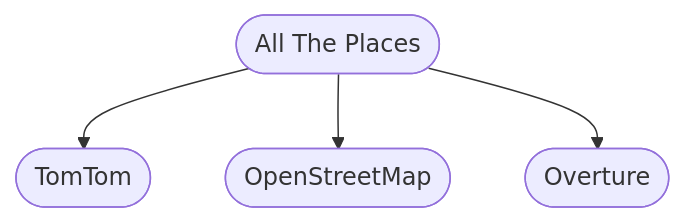
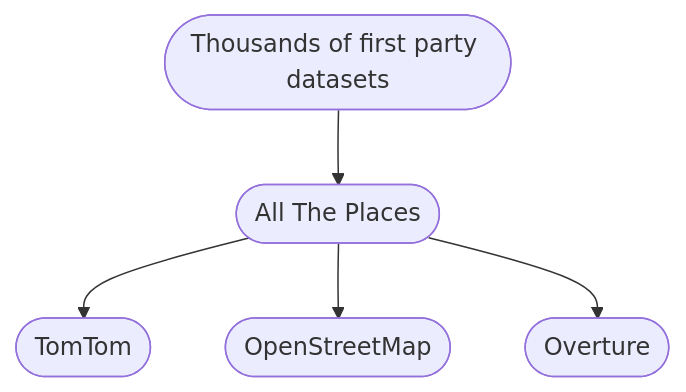
Before and after one commit to alltheplaces/alltheplaces: the diagram in README.md, drawn with Mermaid. The commit also changed other lines of this file, not shown here.

Commit message:
Add spiders

````diff
--- a/README.md
+++ b/README.md
@@ -6,15 +5,17 @@
 ```mermaid
 flowchart
+   Spiders(["Thousands of first party datasets"])
    ATP(["All The Places"])
    click ATP "https://alltheplaces.xyz/"
    OSM(["OpenStreetMap"])
    click OSM "https://www.openstreetmap.org/"
    TT(["TomTom"])
    click TT "https://www.tomtom.com/"
    Overture(["Overture"])
    click Overture "https://overturemaps.org/"
 
+   Spiders --> ATP
    ATP --> TT
    ATP --> OSM
    ATP --> Overture
 ```
````
